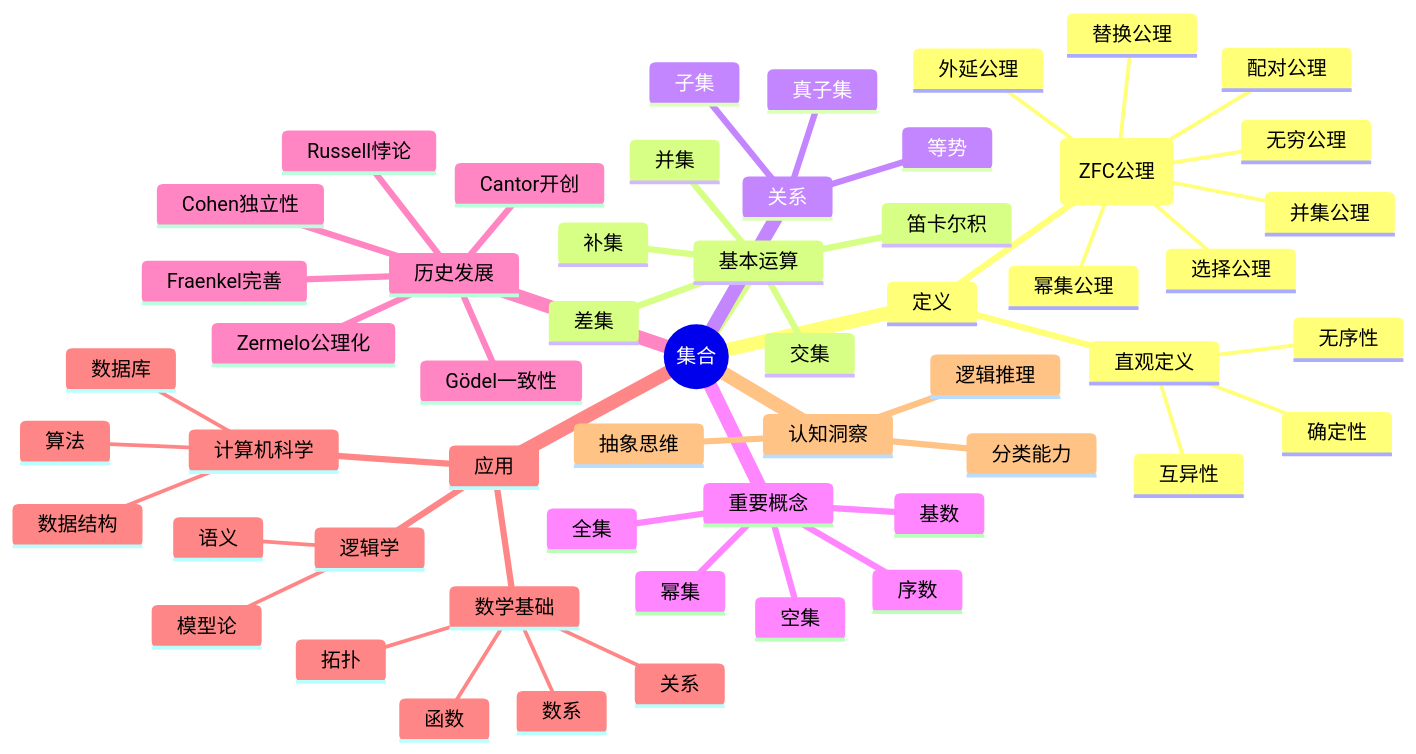
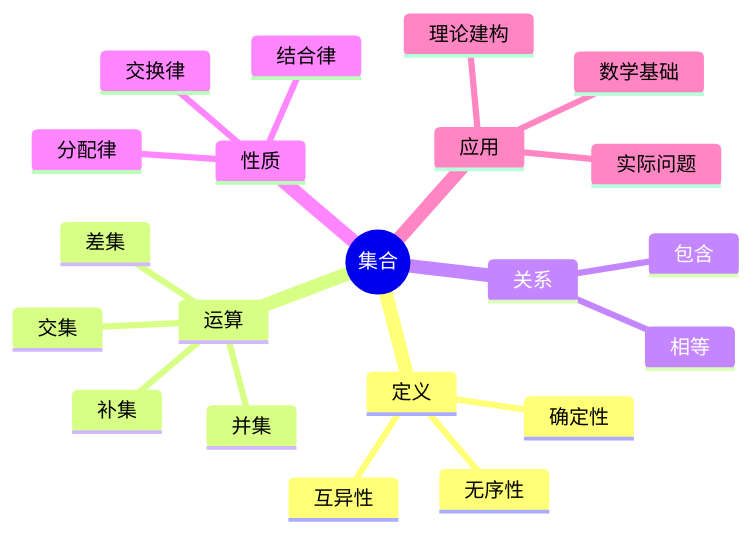
Before and after one commit to AdaMartin18010/FormalMath: the first of 11 diagrams in concept/核心概念/01-集合.md, drawn with Mermaid. The commit also changed other lines of this file and 4793 other files, not shown here.

````diff
--- a/concept/核心概念/01-集合.md
+++ b/concept/核心概念/01-集合.md
@@ -616,57 +1772,24 @@
 ```mermaid
 mindmap
   root((集合))
     定义
-      直观定义
-        确定性
-        互异性
-        无序性
-      形式化定义 (ZFC公理)
-        外延公理
-        配对公理
-        并集公理
-        幂集公理
-        无穷公理
-        替换公理
-        选择公理
-    基本运算
+      确定性
+      互异性
+      无序性
+    运算
       并集
       交集
       差集
       补集
-      笛卡尔积
     关系
-      子集
-      真子集
-      等势
-    重要概念
-      空集
-      全集
-      幂集
-      基数
-      序数
-    历史发展
-      Cantor开创
-      Russell悖论
-      Zermelo公理化
-      Fraenkel完善
-      Gödel一致性
-      Cohen独立性
+      包含
+      相等
+    性质
+      交换律
+      结合律
+      分配律
     应用
       数学基础
-        数系
-        函数
-        关系
-        拓扑
-      计算机科学
-        数据结构
-        数据库
-        算法
-      逻辑学
-        模型论
-        语义
-    认知洞察
-      抽象思维
-      分类能力
-      逻辑推理
+      实际问题
+      理论建构
 ```
````
